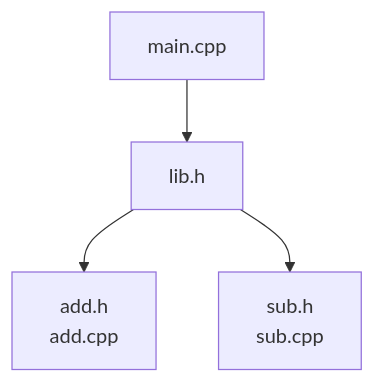
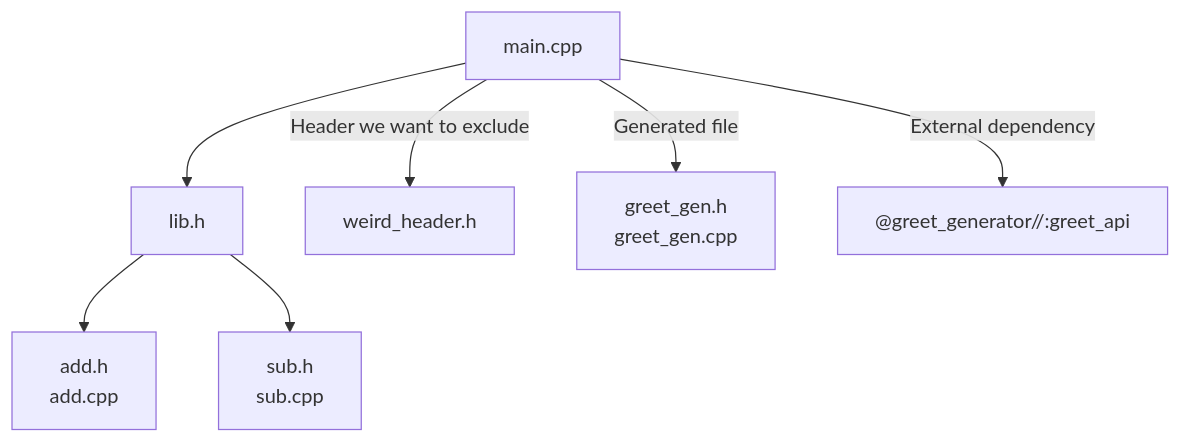
One commit to TendTo/rules_doxygen changed the diagram in examples/dependencies/README.md. Above: the diagram before and after it, drawn with Mermaid. The commit also changed other lines of this file and 14 other files, not shown here.

````diff
--- a/examples/dependencies/README.md
+++ b/examples/dependencies/README.md
@@ -48,6 +66,9 @@
 ```mermaid
-graph TD;
+flowchart TD;
     A[main.cpp] --> B[lib.h];
     B --> C[add.h<br>add.cpp];
     B --> D[sub.h<br>sub.cpp];
+    A -- Header we want to exclude --> E[weird_header.h];
+    A -- Generated file --> F["greet_gen.h<br>greet_gen.cpp"];
+    A -- External dependency --> G["@greet_generator//:greet_api"];
 ```
````
